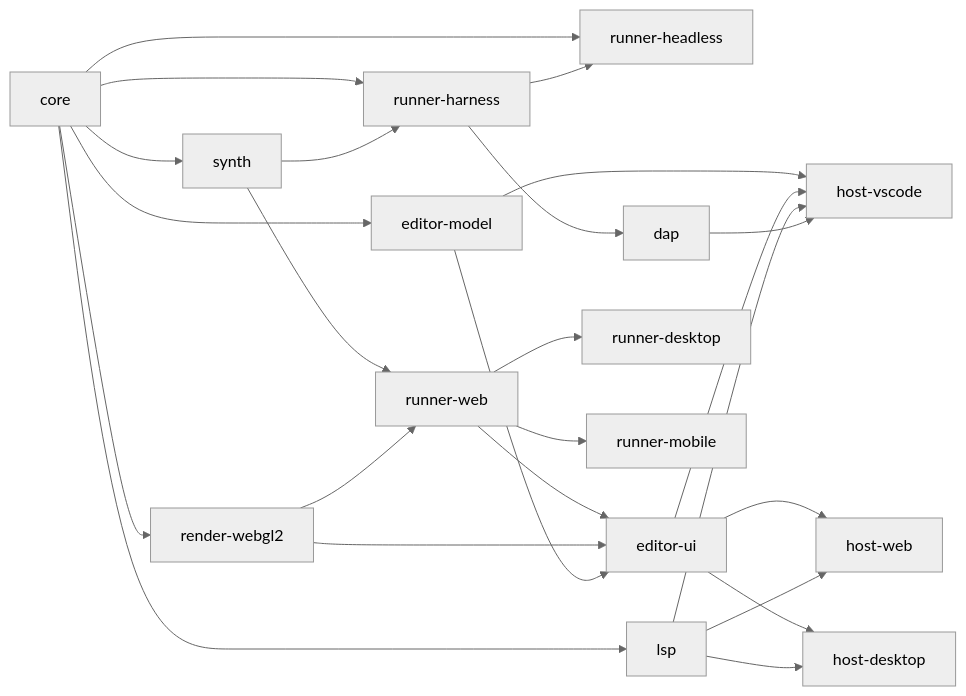
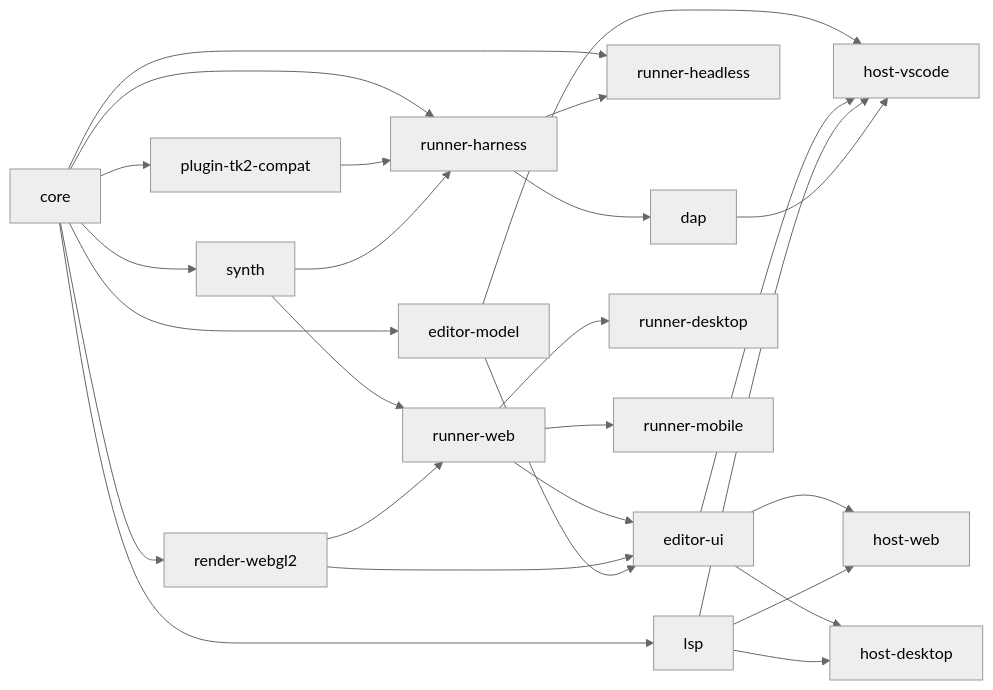
The first of 3 diagrams in _bmad-output/initiative-rpgtoolkit-reawakened/architecture-rpgtoolkit-reawakened/architecture-rpgtoolkit-reawakened.md (aljopro/rpgtoolkit-reawakened), drawn with Mermaid (neutral theme) before and after one commit. The commit also changed 18 other files, not shown here.

````diff
--- a/_bmad-output/initiative-rpgtoolkit-reawakened/architecture-rpgtoolkit-reawakened/architecture-rpgtoolkit-reawakened.md
+++ b/_bmad-output/initiative-rpgtoolkit-reawakened/architecture-rpgtoolkit-reawakened/architecture-rpgtoolkit-reawakened.md
@@ -41,27 +41,29 @@
 ```mermaid
 graph LR
   core --> synth
   core --> renderwebgl2[render-webgl2]
   core --> runnerharness[runner-harness]
-  core --> runnerheadless[runner-headless]
+  core --> plugintk2compat[plugin-tk2-compat]
+  plugintk2compat --> runnerharness
   core --> lsp
   core --> editormodel[editor-model]
   synth --> runnerharness
   synth --> runnerweb[runner-web]
   renderwebgl2 --> runnerweb
+  core --> runnerheadless[runner-headless]
   runnerharness --> runnerheadless
   runnerharness --> dap
   runnerweb --> runnerdesktop[runner-desktop]
   runnerweb --> runnermobile[runner-mobile]
   runnerweb --> editorui[editor-ui]
   renderwebgl2 --> editorui
   editormodel --> editorui
   editormodel --> hostvscode[host-vscode]
   editorui --> hostvscode
   editorui --> hostweb[host-web]
   editorui --> hostdesktop[host-desktop]
   lsp --> hostvscode
   lsp --> hostweb
   lsp --> hostdesktop
   dap --> hostvscode
 ```
````
